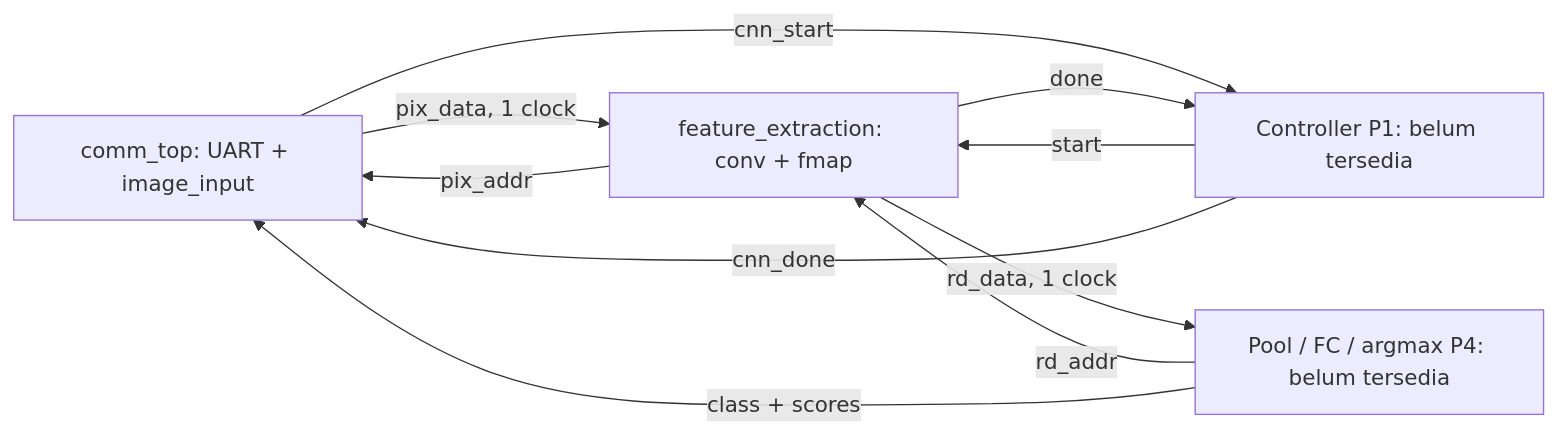
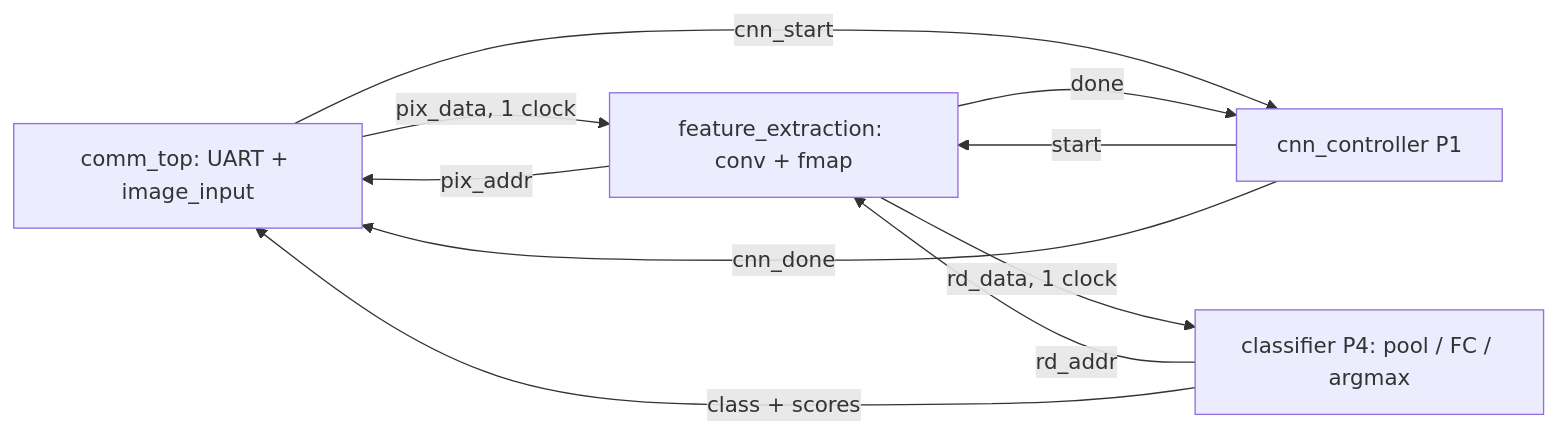
Before and after one commit to saufik-ramadhan/fpga_road_sign_cnn: the diagram in docs/HARDWARE.md, drawn with Mermaid. The commit also changed other lines of this file and 21 other files, not shown here.

Commit message:
feat: add Basys 3 integration top and baseline CNN classifier

````diff
--- a/docs/HARDWARE.md
+++ b/docs/HARDWARE.md
@@ -215,12 +222,12 @@
 ```mermaid
 flowchart LR
   P5["comm_top: UART + image_input"] -->|"pix_data, 1 clock"| P3["feature_extraction: conv + fmap"]
   P3 -->|pix_addr| P5
-  P5 -->|cnn_start| CTRL["Controller P1: belum tersedia"]
+  P5 -->|cnn_start| CTRL["cnn_controller P1"]
   CTRL -->|start| P3
   P3 -->|done| CTRL
-  P3 -->|"rd_data, 1 clock"| P4["Pool / FC / argmax P4: belum tersedia"]
+  P3 -->|"rd_data, 1 clock"| P4["classifier P4: pool / FC / argmax"]
   P4 -->|rd_addr| P3
   CTRL -->|cnn_done| P5
   P4 -->|"class + scores"| P5
 ```
````
